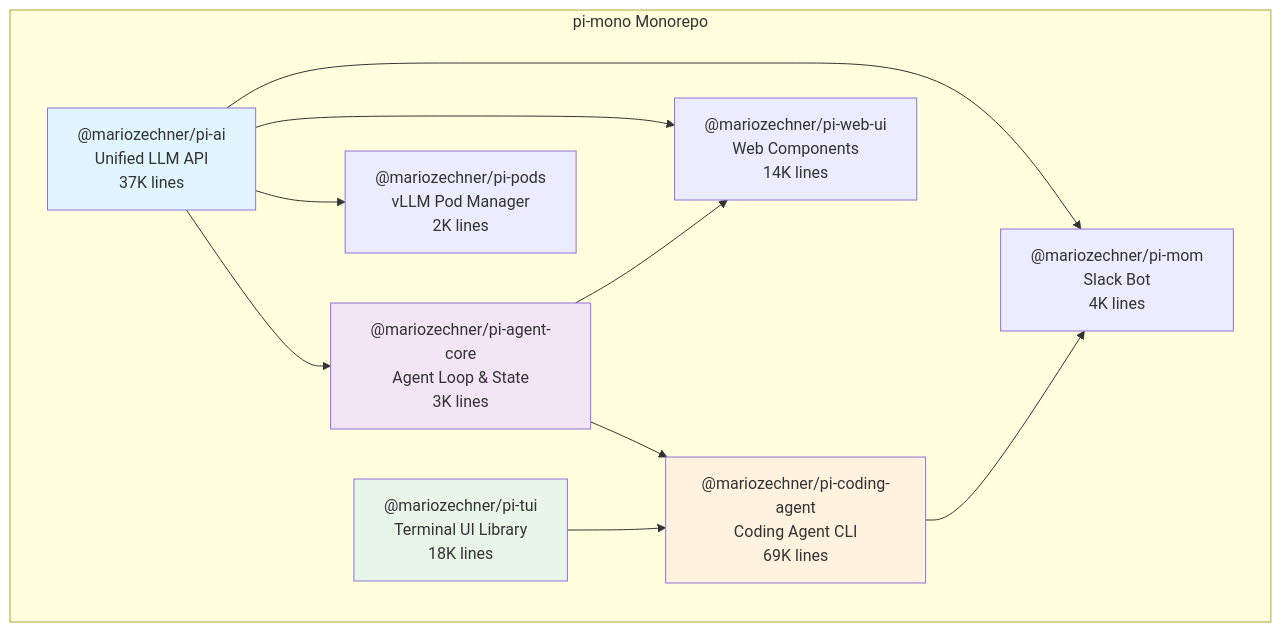
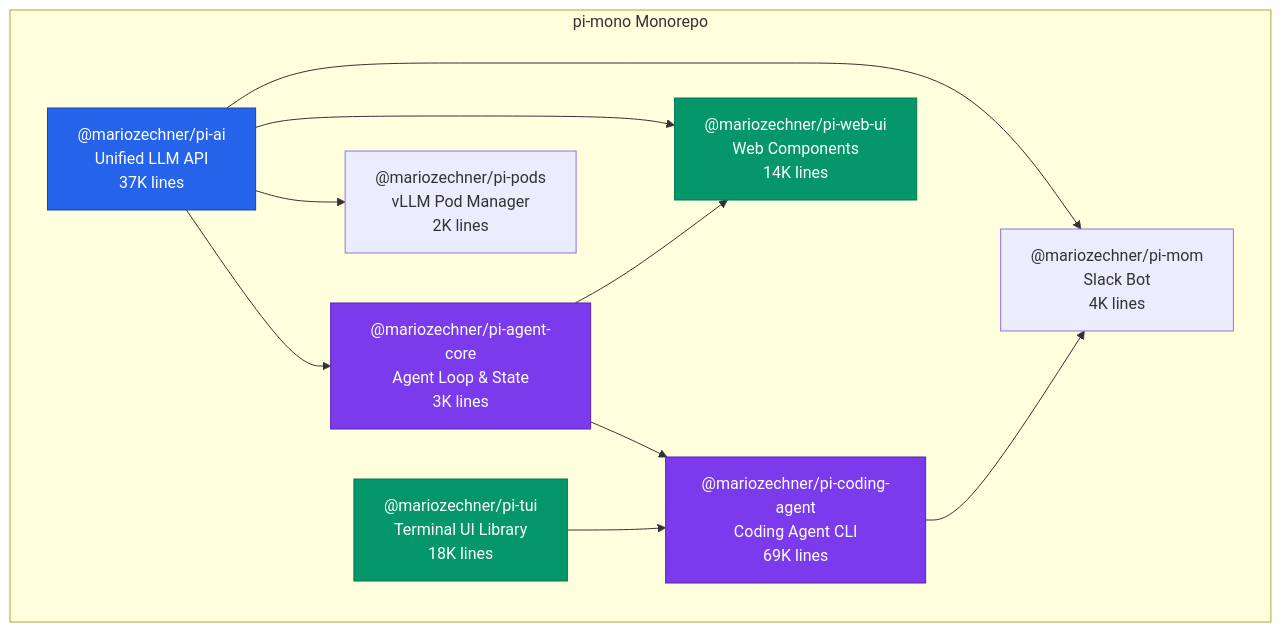
Before and after one commit to Codeblackbyshazzy/awesome-ai-anatomy: the first of 3 diagrams in pi-mono/README.md, drawn with Mermaid. The commit also changed other lines of this file and 4 other files, not shown here.

Commit message:
style: unified Mermaid color scheme across all teardowns

````diff
--- a/pi-mono/README.md
+++ b/pi-mono/README.md
@@ -24,26 +24,33 @@
 ```mermaid
 graph TB
     subgraph "pi-mono Monorepo"
         AI["@mariozechner/pi-ai<br/>Unified LLM API<br/>37K lines"]
         AGENT["@mariozechner/pi-agent-core<br/>Agent Loop & State<br/>3K lines"]
         CA["@mariozechner/pi-coding-agent<br/>Coding Agent CLI<br/>69K lines"]
         TUI["@mariozechner/pi-tui<br/>Terminal UI Library<br/>18K lines"]
         WEBUI["@mariozechner/pi-web-ui<br/>Web Components<br/>14K lines"]
         MOM["@mariozechner/pi-mom<br/>Slack Bot<br/>4K lines"]
         PODS["@mariozechner/pi-pods<br/>vLLM Pod Manager<br/>2K lines"]
     end
 
     AI --> AGENT
     AGENT --> CA
     TUI --> CA
     AI --> WEBUI
     AGENT --> WEBUI
     AI --> MOM
     CA --> MOM
     AI --> PODS
 
-    style AI fill:#e1f5fe
-    style AGENT fill:#f3e5f5
-    style CA fill:#fff3e0
-    style TUI fill:#e8f5e9
+    classDef primary fill:#2563eb,stroke:#1e40af,color:#fff
+    classDef secondary fill:#7c3aed,stroke:#5b21b6,color:#fff
+    classDef accent fill:#059669,stroke:#047857,color:#fff
+    classDef warn fill:#d97706,stroke:#b45309,color:#fff
+    classDef neutral fill:#374151,stroke:#1f2937,color:#fff
+
+    class AI primary
+    class AGENT secondary
+    class CA secondary
+    class TUI accent
+    class WEBUI accent
 ```
````
